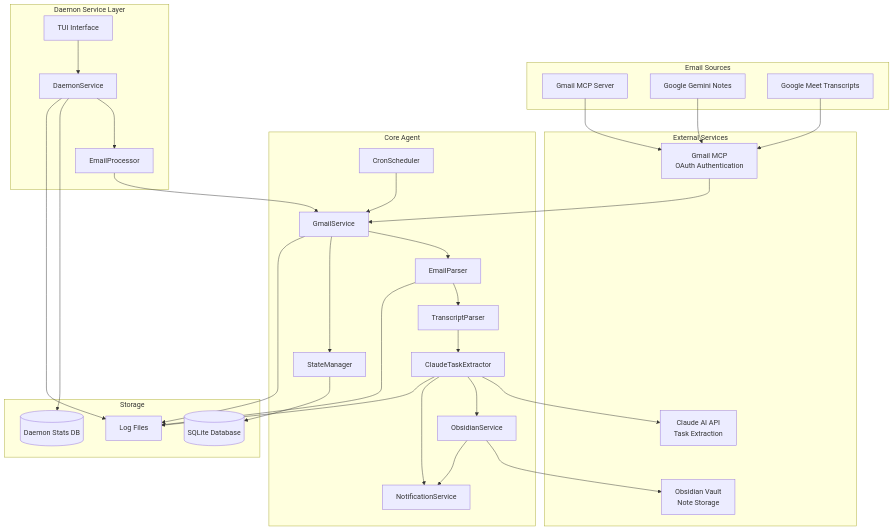
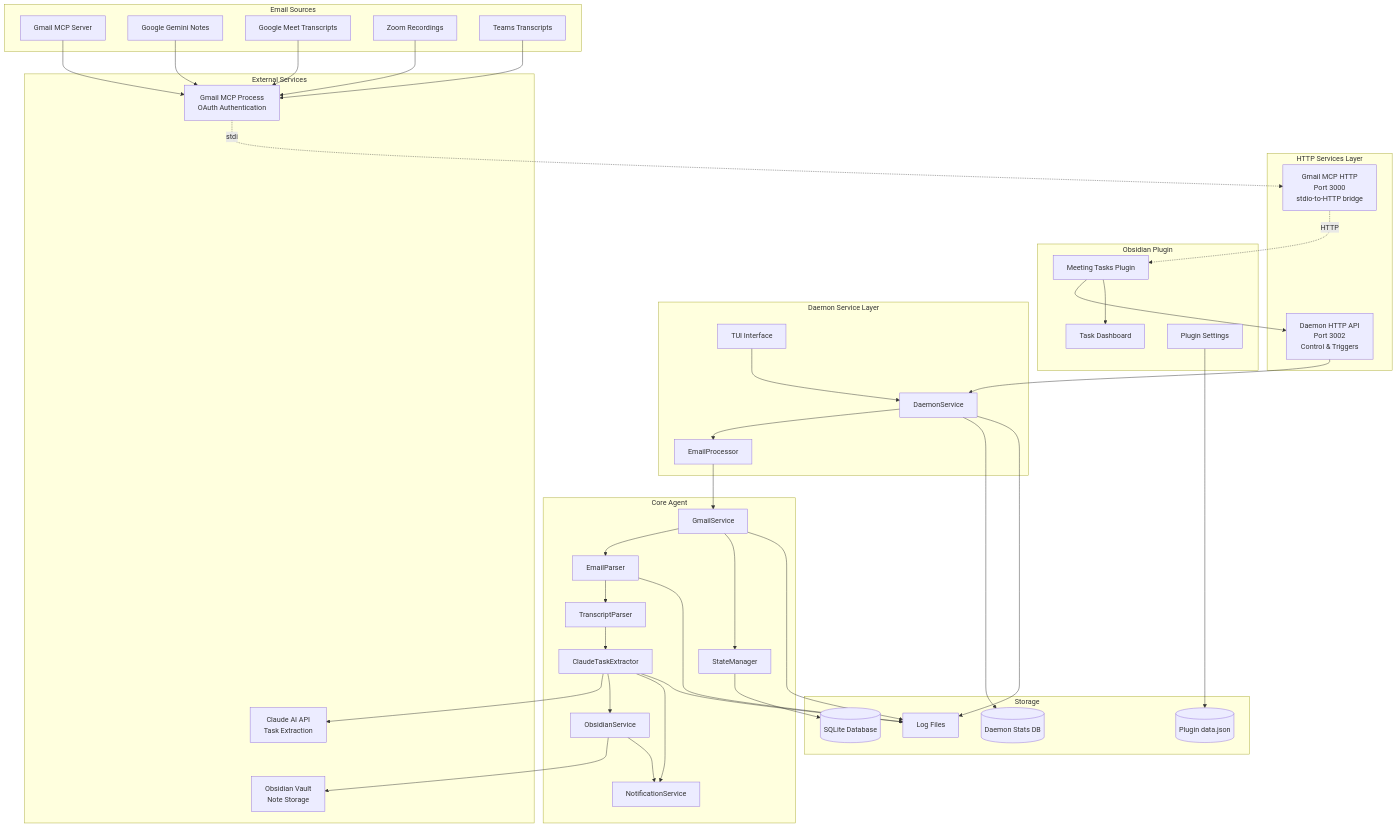
Before and after one commit to jimallen/TasksAgent: the first of 9 diagrams in docs/system-architecture.md, drawn with Mermaid. The commit also changed other lines of this file and 70 other files, not shown here.

First line of the commit message:
fix: improve task dashboard UI and add comprehensive error handling

```diff
--- a/docs/system-architecture.md
+++ b/docs/system-architecture.md
@@ -12,12 +12,25 @@
         GM[Gmail MCP Server]
         GN[Google Gemini Notes]
         GT[Google Meet Transcripts]
+        ZM[Zoom Recordings]
+        TM[Teams Transcripts]
+    end
+    
+    subgraph "HTTP Services Layer"
+        GMCPHTTP[Gmail MCP HTTP<br/>Port 3000<br/>stdio-to-HTTP bridge]
+        DAEMONHTTP[Daemon HTTP API<br/>Port 3002<br/>Control & Triggers]
     end
     
     subgraph "Daemon Service Layer"
         DS[DaemonService]
         TUI[TUI Interface]
         PROC[EmailProcessor]
+    end
+    
+    subgraph "Obsidian Plugin"
+        OPLUGIN[Meeting Tasks Plugin]
+        DASH[Task Dashboard]
+        SETTINGS[Plugin Settings]
     end
     
     subgraph "Core Agent"
@@ -27,12 +40,11 @@
         CE[ClaudeTaskExtractor]
         OS[ObsidianService]
         NS[NotificationService]
-        CS[CronScheduler]
         SM[StateManager]
     end
     
     subgraph "External Services"
-        GMCP[Gmail MCP<br/>OAuth Authentication]
+        GMCP[Gmail MCP Process<br/>OAuth Authentication]
         CLAUDE[Claude AI API<br/>Task Extraction]
         OBS[Obsidian Vault<br/>Note Storage]
     end
@@ -41,18 +53,28 @@
         DB[(SQLite Database)]
         STATS[(Daemon Stats DB)]
         LOGS[Log Files]
+        VDATA[(Plugin data.json)]
     end
     
     GM --> GMCP
     GN --> GMCP
     GT --> GMCP
+    ZM --> GMCP
+    TM --> GMCP
     
+    GMCP -.stdio.-> GMCPHTTP
+    GMCPHTTP -.HTTP.-> OPLUGIN
+    
+    OPLUGIN --> DAEMONHTTP
+    SETTINGS --> VDATA
+    OPLUGIN --> DASH
+    
+    DAEMONHTTP --> DS
     TUI --> DS
     DS --> PROC
     DS --> STATS
     PROC --> GS
     
-    GMCP --> GS
     GS --> EP
     EP --> TP
     TP --> CE
@@ -63,7 +85,6 @@
     GS --> SM
     SM --> DB
     
-    CS --> GS
     OS --> NS
     CE --> NS
     
```
